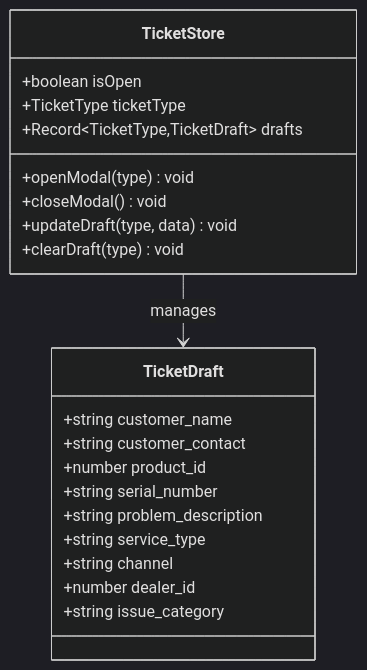
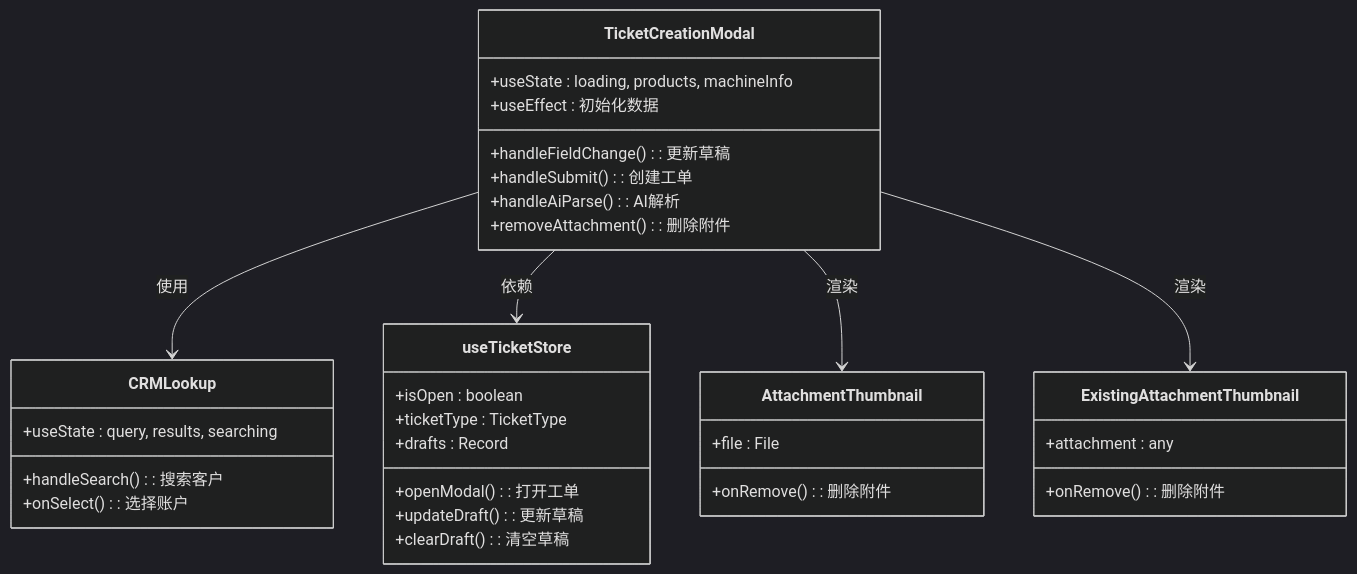
The third of 8 diagrams in .qoder/repowiki/zh/content/前端组件架构/工单创建模态框.md (CubeEdge/Longhorn), drawn with Mermaid (dark theme) before and after one commit. The commit also changed other lines of this file and 53 other files, not shown here.

````diff
--- a/.qoder/repowiki/zh/content/前端组件架构/工单创建模态框.md
+++ b/.qoder/repowiki/zh/content/前端组件架构/工单创建模态框.md
@@ -84,24 +133,36 @@
 ```mermaid
 classDiagram
-class TicketStore {
-+boolean isOpen
-+TicketType ticketType
-+Record~TicketType,TicketDraft~ drafts
-+openModal(type) void
-+closeModal() void
-+updateDraft(type, data) void
-+clearDraft(type) void
+class TicketCreationModal {
++useState : loading, products, machineInfo
++useEffect : 初始化数据
++handleFieldChange() : 更新草稿
++handleSubmit() : 创建工单
++handleAiParse() : AI解析
++removeAttachment() : 删除附件
 }
-class TicketDraft {
-+string customer_name
-+string customer_contact
-+number product_id
-+string serial_number
-+string problem_description
-+string service_type
-+string channel
-+number dealer_id
-+string issue_category
+class CRMLookup {
++useState : query, results, searching
++handleSearch() : 搜索客户
++onSelect() : 选择账户
 }
-TicketStore --> TicketDraft : manages
+class useTicketStore {
++isOpen : boolean
++ticketType : TicketType
++drafts : Record
++openModal() : 打开工单
++updateDraft() : 更新草稿
++clearDraft() : 清空草稿
+}
+class AttachmentThumbnail {
++file : File
++onRemove() : 删除附件
+}
+class ExistingAttachmentThumbnail {
++attachment : any
++onRemove() : 删除附件
+}
+TicketCreationModal --> CRMLookup : 使用
+TicketCreationModal --> useTicketStore : 依赖
+TicketCreationModal --> AttachmentThumbnail : 渲染
+TicketCreationModal --> ExistingAttachmentThumbnail : 渲染
 ```
````
